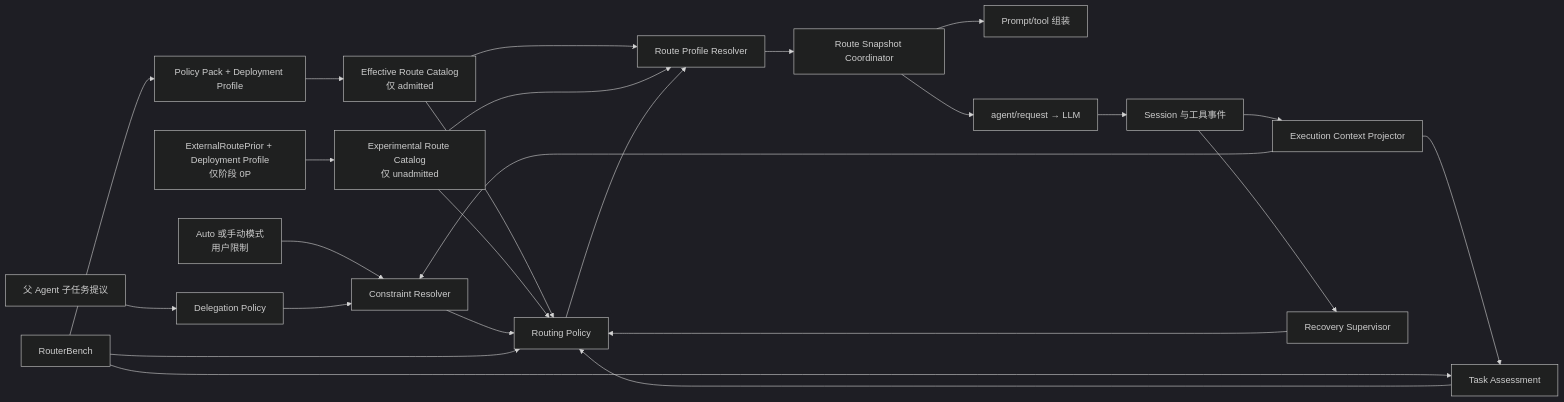
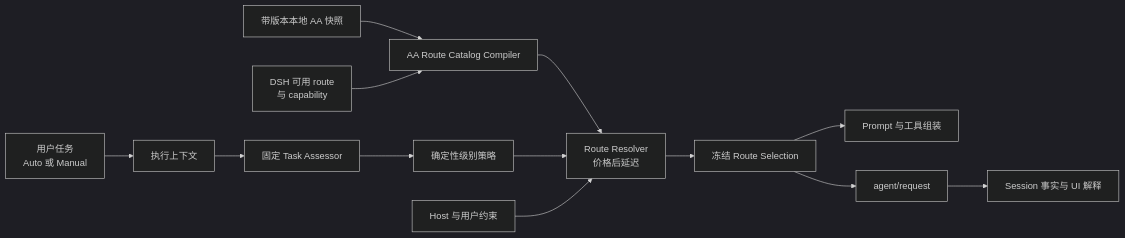
The diagram in docs/zh-CN/architecture.md (cloudman6/dsh-auto-mode), drawn with Mermaid (dark theme) before and after one commit. The commit also changed other lines of this file and 47 other files, not shown here.

Commit message:
docs: reframe post-mvp aa routing roadmap

````diff
--- a/docs/zh-CN/architecture.md
+++ b/docs/zh-CN/architecture.md
@@ -27,27 +28,15 @@
 ```mermaid
 flowchart LR
-    U["Auto 或手动模式\n用户限制"] --> C["Constraint Resolver"]
-    P["父 Agent 子任务提议"] --> D["Delegation Policy"]
-    D --> C
-    E["Session 与工具事件"] --> X["Execution Context Projector"]
-    X --> A["Task Assessment"]
-    X --> C
-    W["Policy Pack + Deployment Profile"] --> G["Effective Route Catalog\n仅 admitted"]
-    O["ExternalRoutePrior + Deployment Profile\n仅阶段 0P"] --> H["Experimental Route Catalog\n仅 unadmitted"]
-    G --> R["Routing Policy"]
-    G --> V["Route Profile Resolver"]
-    H --> R
-    H --> V
-    A --> R
-    C --> R
-    S["Recovery Supervisor"] --> R
-    R --> V
-    V --> Q["Route Snapshot Coordinator"]
-    Q --> M["Prompt/tool 组装"]
-    Q --> L["agent/request → LLM"]
-    L --> E
-    E --> S
-    B["RouterBench"] --> W
-    B --> A
-    B --> R
+    U["用户任务\nAuto 或 Manual"] --> X["执行上下文"]
+    X --> A["固定 Task Assessor"]
+    A --> P["确定性级别策略"]
+    S["带版本本地 AA 快照"] --> C["AA Route Catalog Compiler"]
+    D["DSH 可用 route\n与 capability"] --> C
+    C --> R["Route Resolver\n价格后延迟"]
+    P --> R
+    H["Host 与用户约束"] --> R
+    R --> F["冻结 Route Selection"]
+    F --> M["Prompt 与工具组装"]
+    F --> Q["agent/request"]
+    Q --> E["Session 事实与 UI 解释"]
 ```
````
